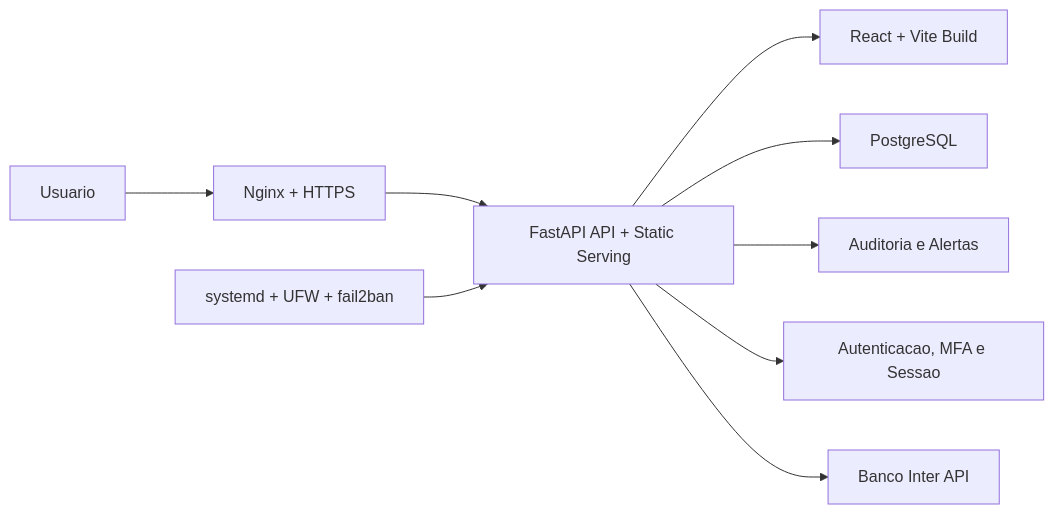
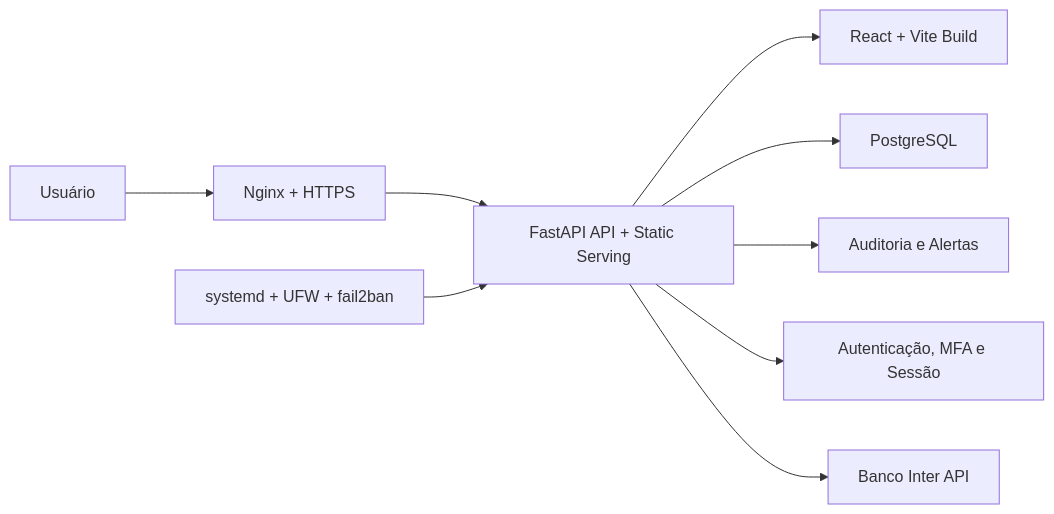
The diagram in README.md (lucasmef/salomao), drawn with Mermaid before and after one commit. The commit also changed other lines of this file, not shown here.

````diff
--- a/README.md
+++ b/README.md
@@ -106,11 +106,11 @@
 ```mermaid
 flowchart LR
-    U["Usuario"] --> N["Nginx + HTTPS"]
+    U["Usuário"] --> N["Nginx + HTTPS"]
     N --> B["FastAPI API + Static Serving"]
     B --> F["React + Vite Build"]
     B --> P["PostgreSQL"]
     B --> A["Auditoria e Alertas"]
-    B --> S["Autenticacao, MFA e Sessao"]
+    B --> S["Autenticação, MFA e Sessão"]
     B --> I["Banco Inter API"]
     O["systemd + UFW + fail2ban"] --> B
 ```
````
